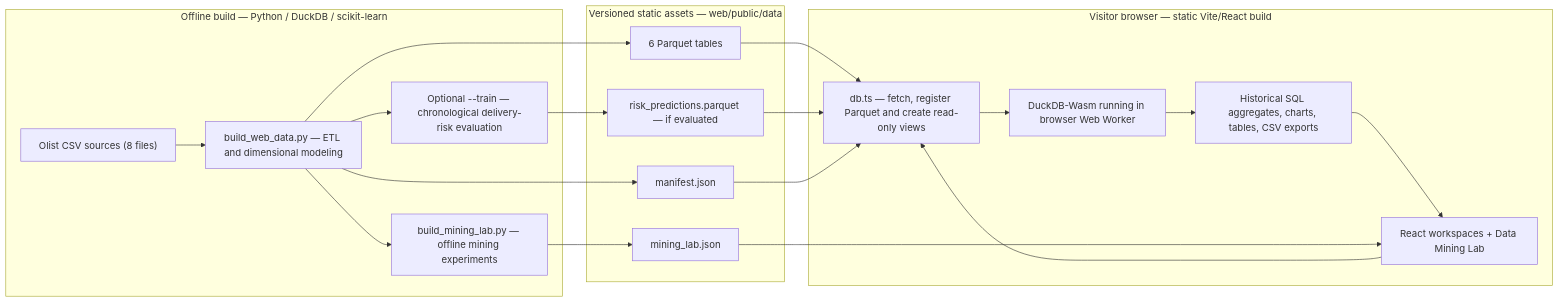
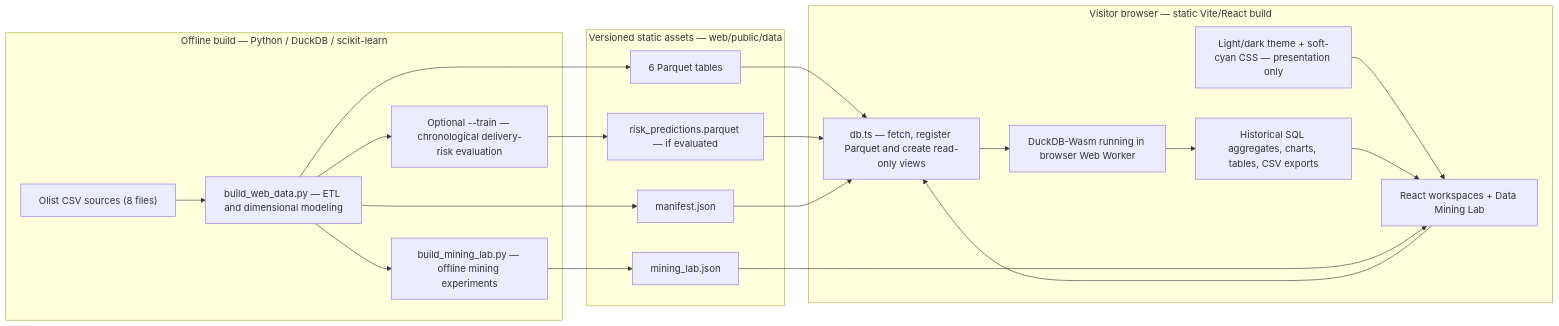
One commit to kasim672/PromisePulse changed the first of 7 diagrams in docs/ARCHITECTURE_V5.md. Above: the diagram before and after it, drawn with Mermaid. The commit also changed other lines of this file, not shown here.

Commit message:
docs: align current README, architecture, screenshots and deployment with merged cyan release

````diff
--- a/docs/ARCHITECTURE_V5.md
+++ b/docs/ARCHITECTURE_V5.md
@@ -11,36 +11,38 @@
 ```mermaid
 flowchart LR
     subgraph OFF["Offline build — Python / DuckDB / scikit-learn"]
         CSV["Olist CSV sources (8 files)"]
         ETL["build_web_data.py — ETL and dimensional modeling"]
         ML["Optional --train — chronological delivery-risk evaluation"]
         MINE["build_mining_lab.py — offline mining experiments"]
         CSV --> ETL
         ETL --> ML
         ETL --> MINE
     end
 
     subgraph PUB["Versioned static assets — web/public/data"]
         PAR["6 Parquet tables"]
         RISK["risk_predictions.parquet — if evaluated"]
         META["manifest.json"]
         LAB["mining_lab.json"]
     end
 
     subgraph WEB["Visitor browser — static Vite/React build"]
         UI["React workspaces + Data Mining Lab"]
+        THEME["Light/dark theme + soft-cyan CSS — presentation only"]
+        THEME --> UI
         LOADER["db.ts — fetch, register Parquet and create read-only views"]
         WASM["DuckDB-Wasm running in browser Web Worker"]
         VIEW["Historical SQL aggregates, charts, tables, CSV exports"]
         UI --> LOADER --> WASM --> VIEW --> UI
         LAB --> UI
     end
 
     ETL --> PAR
     ETL --> META
     ML --> RISK
     MINE --> LAB
     PAR --> LOADER
     RISK --> LOADER
     META --> LOADER
 ```
````
